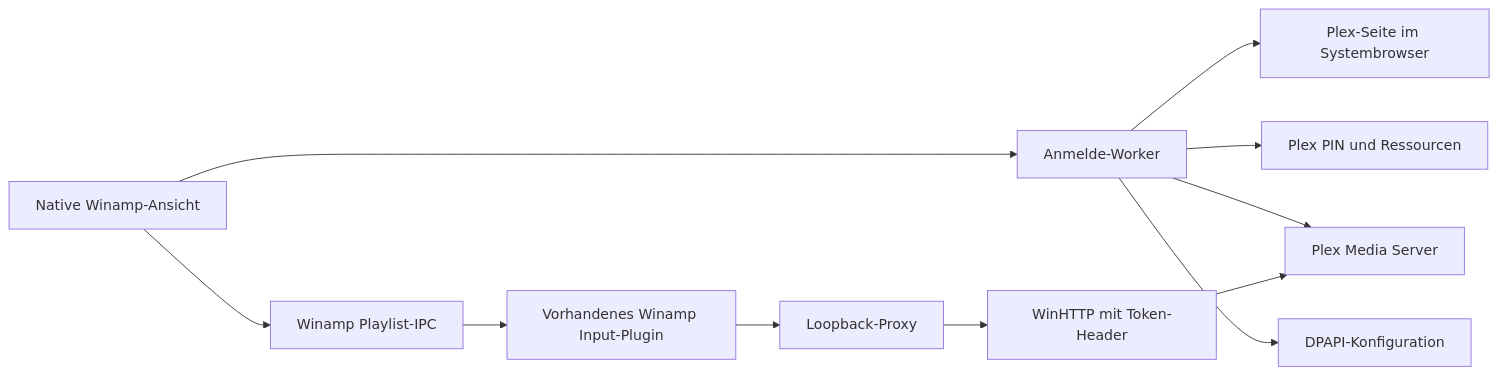
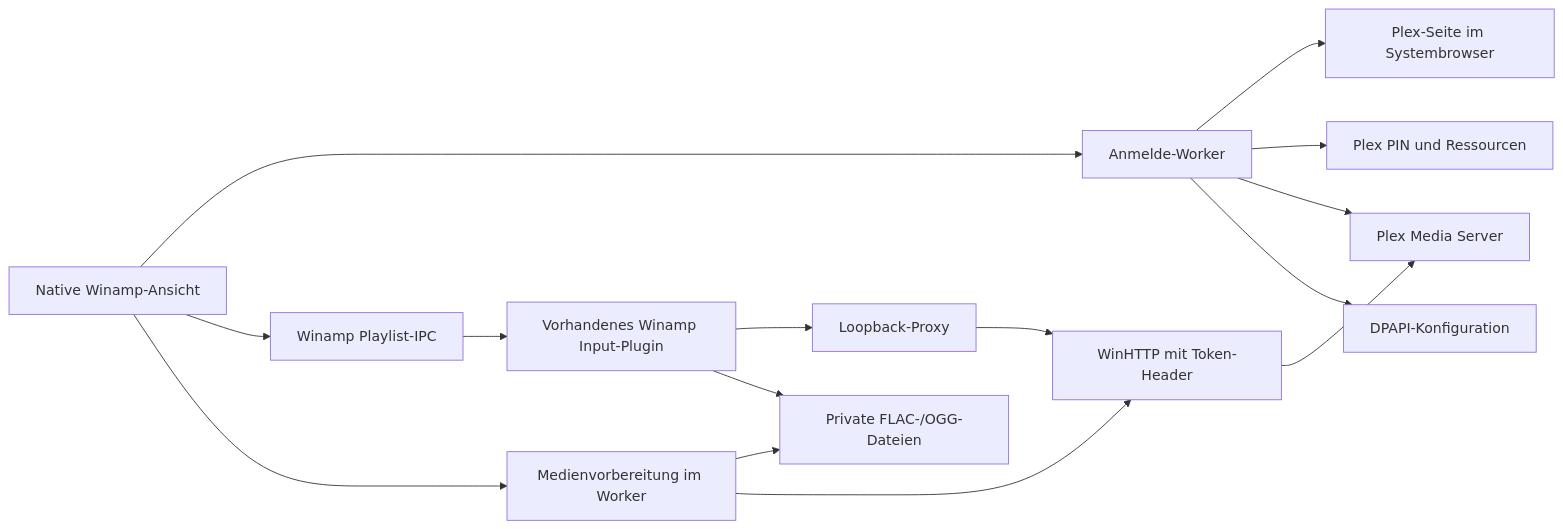
One commit to Eitschman/winamp-plex-library changed the diagram in docs/architecture.md. Above: the diagram before and after it, drawn with Mermaid. The commit also changed other lines of this file and 20 other files, not shown here.

Commit message:
FLAC und OGG über private lokale Mediendateien abspielen und prüfen

````diff
--- a/docs/architecture.md
+++ b/docs/architecture.md
@@ -33,13 +34,17 @@
 ```mermaid
 flowchart LR
     UI[Native Winamp-Ansicht] --> Auth[Anmelde-Worker]
     Auth --> Browser[Plex-Seite im Systembrowser]
     Auth --> Plex[Plex PIN und Ressourcen]
     Auth --> PMS[Plex Media Server]
     Auth --> Config[DPAPI-Konfiguration]
     UI --> IPC[Winamp Playlist-IPC]
     IPC --> Decoder[Vorhandenes Winamp Input-Plugin]
     Decoder --> Proxy[Loopback-Proxy]
+    UI --> Prepare[Medienvorbereitung im Worker]
+    Prepare --> Files[Private FLAC-/OGG-Dateien]
+    Decoder --> Files
+    Prepare --> HTTP
     Proxy --> HTTP[WinHTTP mit Token-Header]
     HTTP --> PMS
 ```
````
